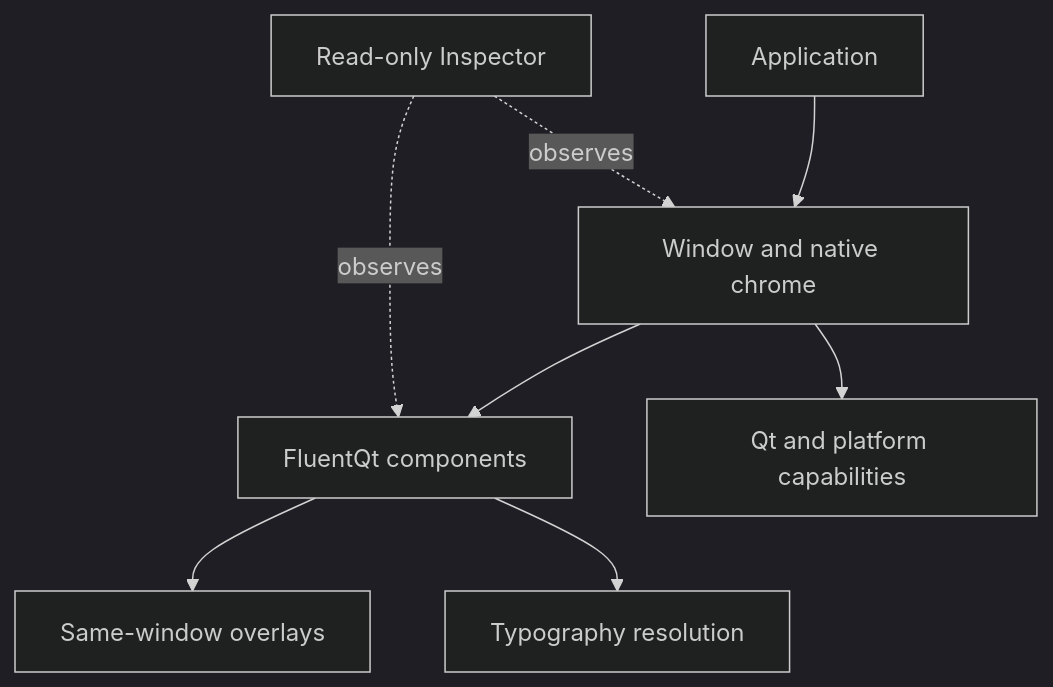
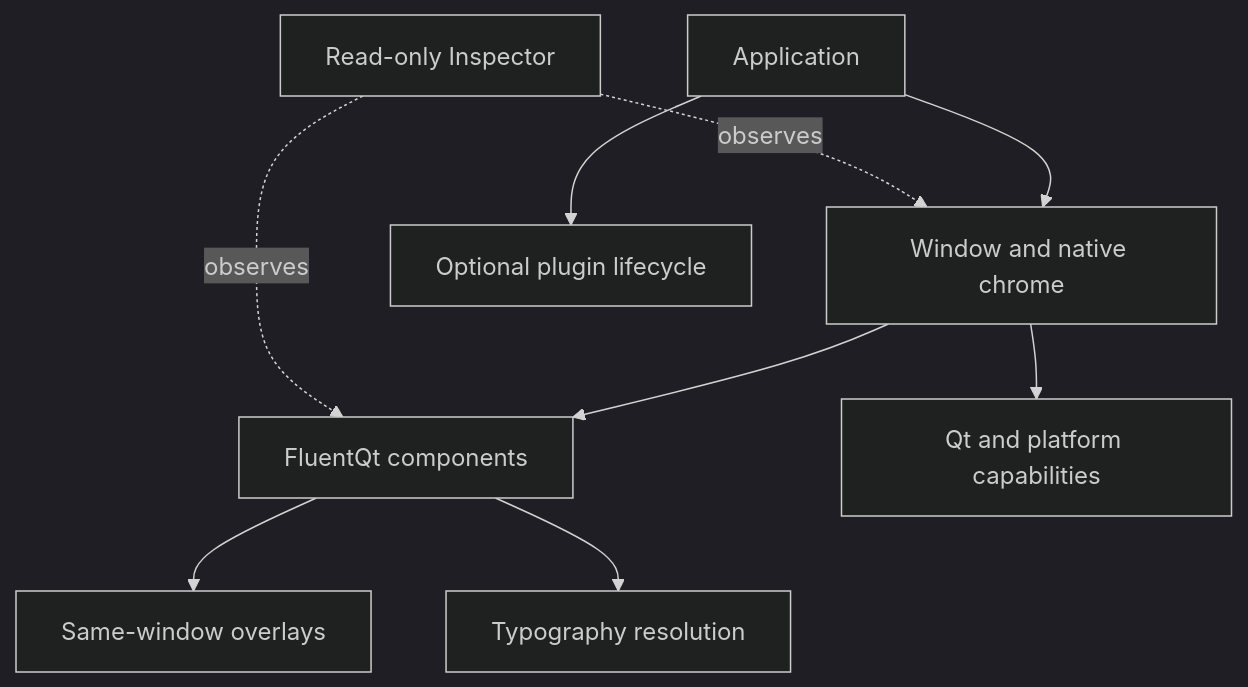
Before and after one commit to calvinhxx/Fluent-Qt: the diagram in docs/architecture/README.md, drawn with Mermaid (dark theme). The commit also changed other lines of this file and 127 other files, not shown here.

````diff
--- a/docs/architecture/README.md
+++ b/docs/architecture/README.md
@@ -11,18 +11,20 @@
 ```mermaid
 flowchart TD
     App[Application]
     Window[Window and native chrome]
     Components[FluentQt components]
     Overlay[Same-window overlays]
     Typography[Typography resolution]
     Inspector[Read-only Inspector]
+    Plugins[Optional plugin lifecycle]
     Platform[Qt and platform capabilities]
 
     App --> Window
+    App --> Plugins
     Window --> Components
     Components --> Overlay
     Components --> Typography
     Inspector -. observes .-> Window
     Inspector -. observes .-> Components
     Window --> Platform
 ```
````
